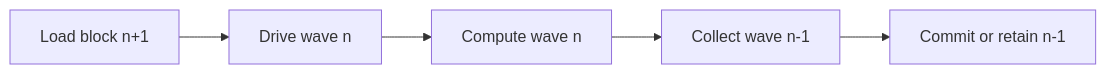
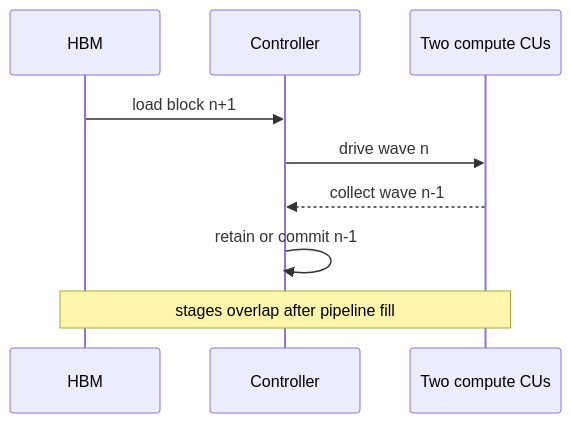
Before and after one commit to TruNcat3/LLM-ACCEL: the second of 2 diagrams in README.md, drawn with Mermaid. The commit also changed other lines of this file and 16 other files, not shown here.

````diff
--- a/README.md
+++ b/README.md
@@ -74,7 +70,11 @@
 ```mermaid
-flowchart LR
-    A[Load block n+1] --> B[Drive wave n]
-    B --> C[Compute wave n]
-    C --> D[Collect wave n-1]
-    D --> E[Commit or retain n-1]
+sequenceDiagram
+    participant H as HBM
+    participant C as Controller
+    participant U as Two compute CUs
+    H->>C: load block n+1
+    C->>U: drive wave n
+    U-->>C: collect wave n-1
+    C->>C: retain or commit n-1
+    Note over H,U: stages overlap after pipeline fill
 ```
````
